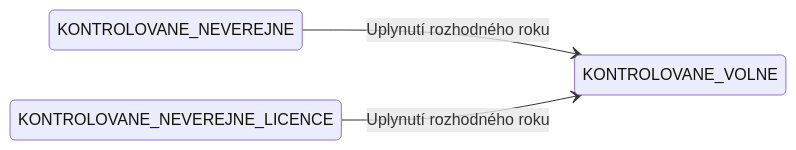
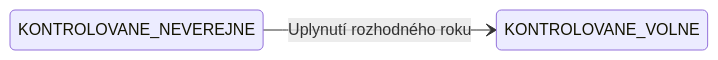
Before and after one commit to ceskaexpedice/kapp: the third of 3 diagrams in README.md, drawn with Mermaid.

````diff
--- a/README.md
+++ b/README.md
@@ -70,24 +70,23 @@
 ```mermaid
 stateDiagram-v2
     direction LR
 
     state Imported <<start>>
     state Konec <<end>>
 
     state NEKONTROLOVANÉ_ZPŘÍSTUPNĚNÉ : Automaticky přidělovaná licence public - Nedochází ke kurátorské kontrole (Monografie pred rokem 1900 a rocniky starsi nez 110 let)
     state NEKONTROLOVANÉ : Automaticky přidělovaná licence onsite - Nedochází ke kurátorské kontrole (Mapy, monografie a hudebniny vydané před méně než 70 lety)
     state KE_KONTROLE : Nutná kurátorská kontrola
 
     state KONTROLOVANÉ_VOLNÉ : Public (Volné AP)
     state KONTROLOVANÉ_NEVEŘEJNÉ : Private (Běží AP, s rozhodným rokem)
     state KONTROLOVANÉ_NEZNÁMÉ : Private (Neznámý stav AP)
     state KONTROLOVANÉ_NEZNÁMÉ_ZPŘÍSTUPNĚNÉ : Public (Neznámé AP, ale zpřístupněno)
     state KONTROLOVANÉ_NEVEŘEJNÉ_LICENCE : Public/Private (Neveřejné, ale s licencí)
     state KONTROLOVANÉ_BEZ_AP : Public (Dílo bez AP)
     state KONTROLOVANÉ_ZNEPŘÍSTUPNĚNÉ : Private (Znepřístupněno)
 
 
     %% Automatické přechody v čase
     KONTROLOVANE_NEVEREJNE --> KONTROLOVANE_VOLNE : Uplynutí rozhodného roku
-    KONTROLOVANE_NEVEREJNE_LICENCE --> KONTROLOVANE_VOLNE : Uplynutí rozhodného roku
 ```
````
